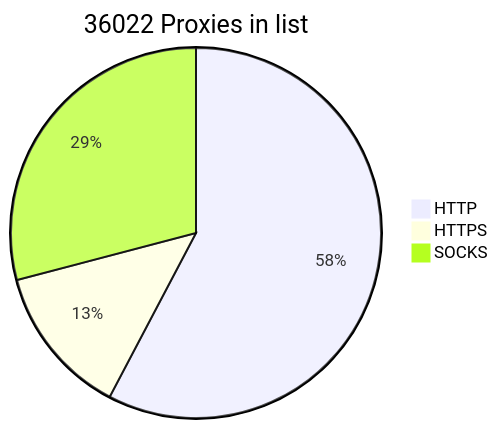
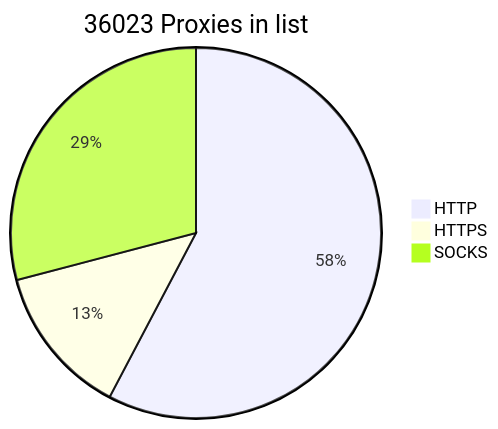
One commit to BlackSnowDot/proxylist-update-every-minute changed the diagram in README.md. Above: the diagram before and after it, drawn with Mermaid.

````diff
--- a/README.md
+++ b/README.md
@@ -2,6 +2,6 @@
 ```mermaid
-pie title 36022 Proxies in list
+pie title 36023 Proxies in list
     "HTTP" : 23099
     "HTTPS": 5283
-    "SOCKS" : 11640
+    "SOCKS" : 11641
 ```
````
